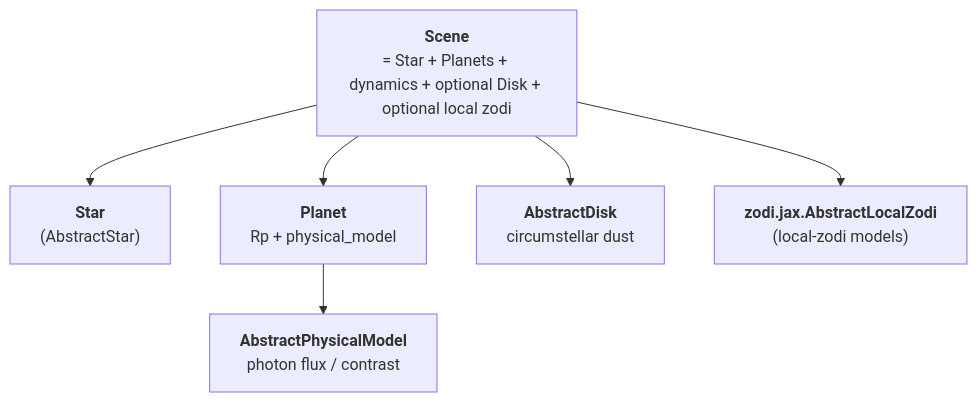
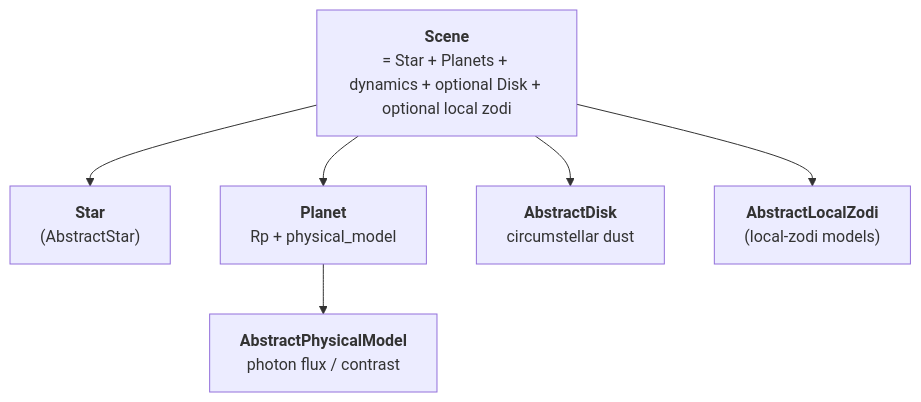
The diagram in docs/explanation/source_models.md (CoreySpohn/skyscapes), drawn with Mermaid before and after one commit. The commit also changed other lines of this file and 16 other files, not shown here.

Commit message:
feat(scene)!: host the local-zodi models, take the sky frame and time in photon_radiance and merge AYOExozodi into the disk

````diff
--- a/docs/explanation/source_models.md
+++ b/docs/explanation/source_models.md
@@ -19,15 +19,15 @@
 ```mermaid
 flowchart TB
     Scene["<b>Scene</b><br/>= Star + Planets + dynamics + optional Disk + optional local zodi"]
     Star["<b>Star</b><br/>(AbstractStar)"]
     Planet["<b>Planet</b><br/>Rp + physical_model"]
     Disk["<b>AbstractDisk</b><br/>circumstellar dust"]
-    Zodi["<b>zodi.jax.AbstractLocalZodi</b><br/>(local-zodi models)"]
+    Zodi["<b>AbstractLocalZodi</b><br/>(local-zodi models)"]
     PM["<b>AbstractPhysicalModel</b><br/>photon flux / contrast"]
 
     Scene --> Zodi
     Scene --> Star
     Scene --> Planet
     Scene --> Disk
     Planet --> PM
 ```
````
